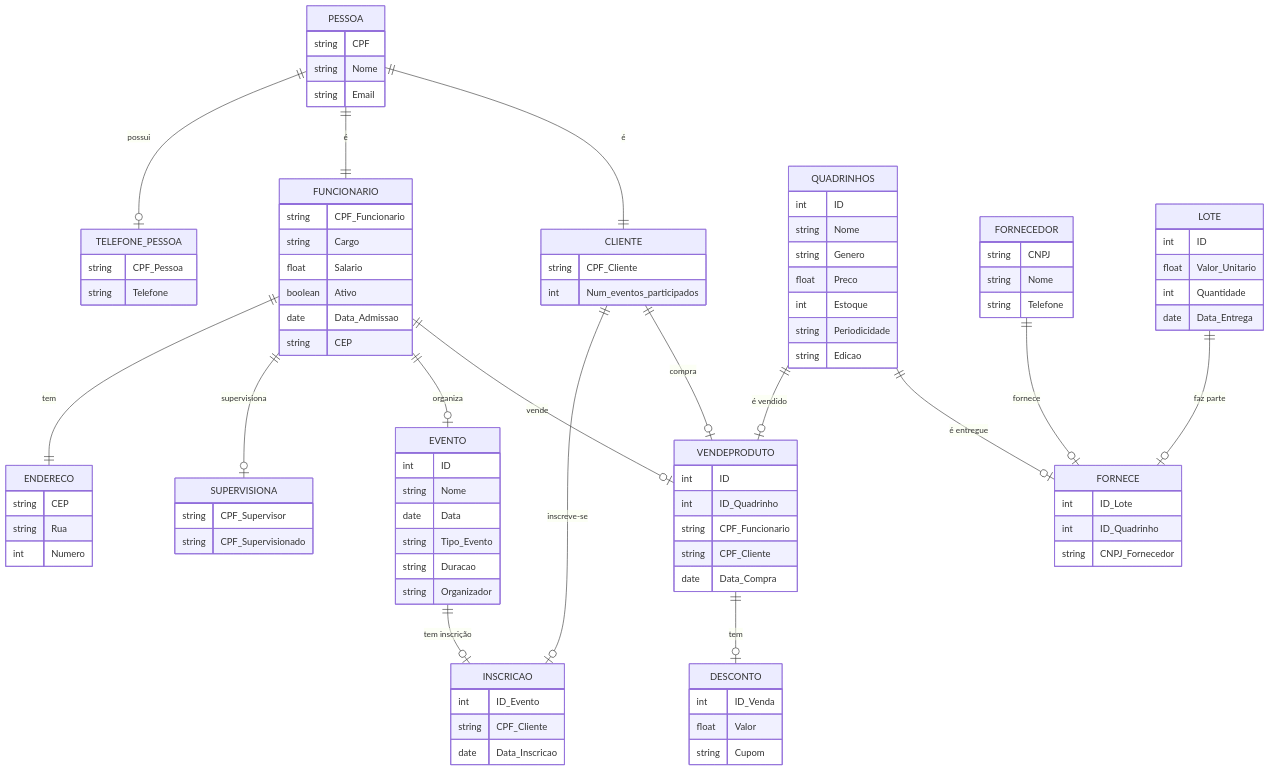
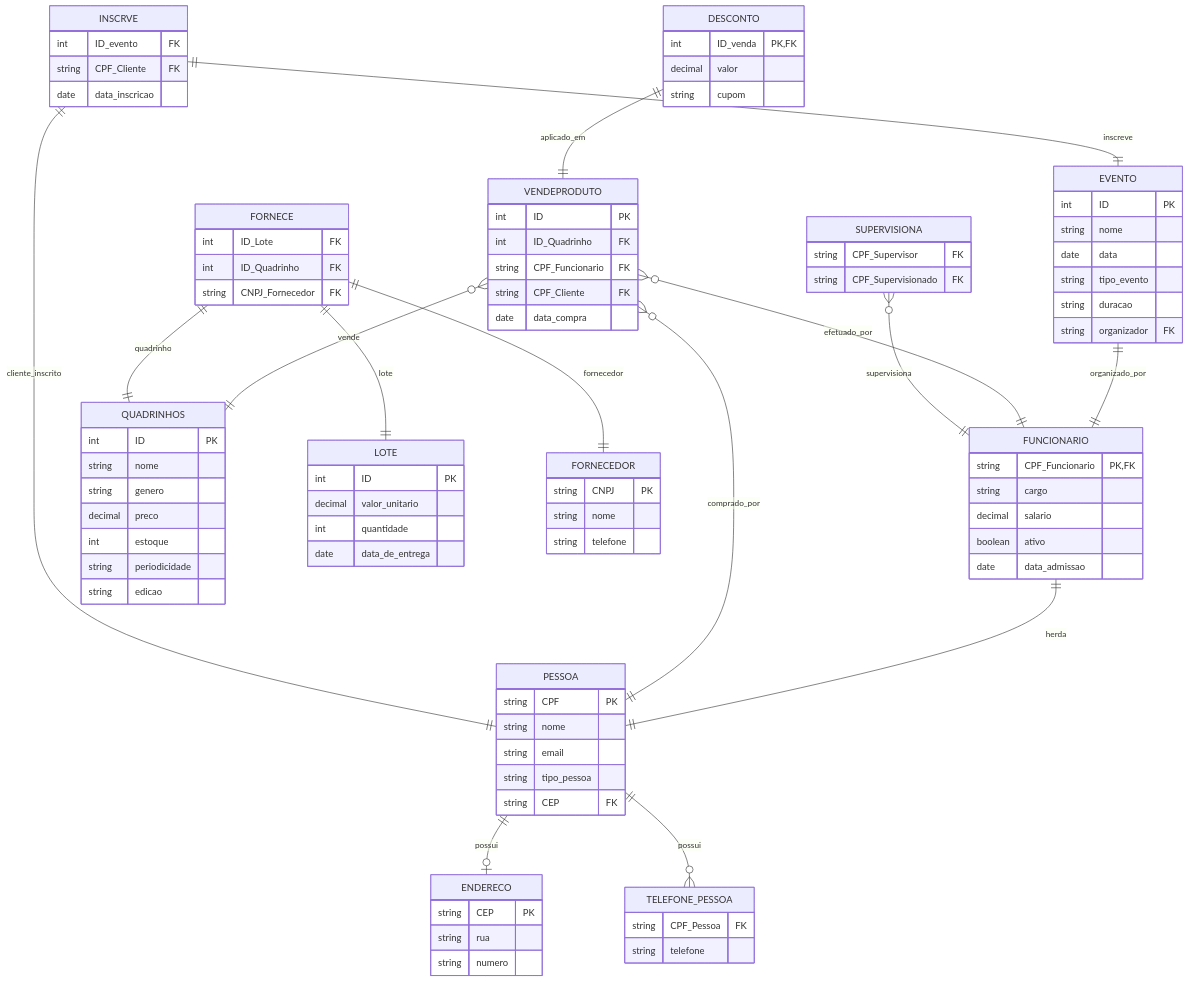
One commit to gabrielalimasotero/gdi-grupo07-2025.1 changed the diagram in sgbd/diagramas/README.md. Above: the diagram before and after it, drawn with Mermaid. The commit also changed other lines of this file, not shown here.

````diff
--- a/sgbd/diagramas/README.md
+++ b/sgbd/diagramas/README.md
@@ -34,104 +34,109 @@
 ```mermaid
 erDiagram
-    PESSOA {
-        string CPF
-        string Nome
-        string Email
-    }
-    TELEFONE_PESSOA {
-        string CPF_Pessoa
-        string Telefone
-    }
-    FUNCIONARIO {
-        string CPF_Funcionario
-        string Cargo
-        float Salario
-        boolean Ativo
-        date Data_Admissao
-        string CEP
-    }
-    ENDERECO {
-        string CEP
-        string Rua
-        int Numero
-    }
-    CLIENTE {
-        string CPF_Cliente
-        int Num_eventos_participados
-    }
-    QUADRINHOS {
-        int ID
-        string Nome
-        string Genero
-        float Preco
-        int Estoque
-        string Periodicidade
-        string Edicao
-    }
-    EVENTO {
-        int ID
-        string Nome
-        date Data
-        string Tipo_Evento
-        string Duracao
-        string Organizador
-    }
-    INSCRICAO {
-        int ID_Evento
-        string CPF_Cliente
-        date Data_Inscricao
-    }
-    VENDEPRODUTO {
-        int ID
-        int ID_Quadrinho
-        string CPF_Funcionario
-        string CPF_Cliente
-        date Data_Compra
-    }
-    DESCONTO {
-        int ID_Venda
-        float Valor
-        string Cupom
-    }
-    FORNECEDOR {
-        string CNPJ
-        string Nome
-        string Telefone
-    }
-    LOTE {
-        int ID
-        float Valor_Unitario
-        int Quantidade
-        date Data_Entrega
-    }
-    FORNECE {
-        int ID_Lote
-        int ID_Quadrinho
-        string CNPJ_Fornecedor
-    }
-    SUPERVISIONA {
-        string CPF_Supervisor
-        string CPF_Supervisionado
-    }
 
-    %% Relacionamentos
-    PESSOA ||--o| TELEFONE_PESSOA: "possui"
-    PESSOA ||--|| FUNCIONARIO: "é"
-    PESSOA ||--|| CLIENTE: "é"
-    FUNCIONARIO ||--|| ENDERECO: "tem"
-    FUNCIONARIO ||--o| SUPERVISIONA: "supervisiona"
-    FUNCIONARIO ||--o| EVENTO: "organiza"
-    FUNCIONARIO ||--o| VENDEPRODUTO: "vende"
-    CLIENTE ||--o| INSCRICAO: "inscreve-se"
-    CLIENTE ||--o| VENDEPRODUTO: "compra"
-    EVENTO ||--o| INSCRICAO: "tem inscrição"
-    QUADRINHOS ||--o| VENDEPRODUTO: "é vendido"
-    VENDEPRODUTO ||--o| DESCONTO: "tem"
-    FORNECEDOR ||--o| FORNECE: "fornece"
-    LOTE ||--o| FORNECE: "faz parte"
-    QUADRINHOS ||--o| FORNECE: "é entregue"
+  PESSOA {
+    string CPF PK
+    string nome
+    string email
+    string tipo_pessoa
+    string CEP FK
+  }
 
-%% Legenda para chaves (PK / FK):
-%% PK: CPF, ID, CNPJ, etc.
-%% FK: CEP, CPF_Pessoa, Organizador, ID_Quadrinho, CPF_Funcionario, CPF_Cliente, ID_Evento, ID_Venda, ID_Lote, CNPJ_Fornecedor
+  ENDERECO {
+    string CEP PK
+    string rua
+    string numero
+  }
+
+  TELEFONE_PESSOA {
+    string CPF_Pessoa FK
+    string telefone
+  }
+
+  FUNCIONARIO {
+    string CPF_Funcionario PK, FK
+    string cargo
+    decimal salario
+    boolean ativo
+    date data_admissao
+  }
+
+  QUADRINHOS {
+    int ID PK
+    string nome
+    string genero
+    decimal preco
+    int estoque
+    string periodicidade
+    string edicao
+  }
+
+  EVENTO {
+    int ID PK
+    string nome
+    date data
+    string tipo_evento
+    string duracao
+    string organizador FK
+  }
+
+  VENDEPRODUTO {
+    int ID PK
+    int ID_Quadrinho FK
+    string CPF_Funcionario FK
+    string CPF_Cliente FK
+    date data_compra
+  }
+
+  DESCONTO {
+    int ID_venda PK, FK
+    decimal valor
+    string cupom
+  }
+
+  LOTE {
+    int ID PK
+    decimal valor_unitario
+    int quantidade
+    date data_de_entrega
+  }
+
+  FORNECEDOR {
+    string CNPJ PK
+    string nome
+    string telefone
+  }
+
+  INSCRVE {
+    int ID_evento FK
+    string CPF_Cliente FK
+    date data_inscricao
+  }
+
+  FORNECE {
+    int ID_Lote FK
+    int ID_Quadrinho FK
+    string CNPJ_Fornecedor FK
+  }
+
+  SUPERVISIONA {
+    string CPF_Supervisor FK
+    string CPF_Supervisionado FK
+  }
+
+  %% RELACIONAMENTOS
+  PESSOA ||--o| ENDERECO : possui
+  PESSOA ||--o{ TELEFONE_PESSOA : possui
+  FUNCIONARIO ||--|| PESSOA : herda
+  EVENTO ||--|| FUNCIONARIO : "organizado_por"
+  VENDEPRODUTO }o--|| QUADRINHOS : "vende"
+  VENDEPRODUTO }o--|| FUNCIONARIO : "efetuado_por"
+  VENDEPRODUTO }o--|| PESSOA : "comprado_por"
+  DESCONTO ||--|| VENDEPRODUTO : "aplicado_em"
+  INSCRVE ||--|| EVENTO : "inscreve"
+  INSCRVE ||--|| PESSOA : "cliente_inscrito"
+  SUPERVISIONA }o--|| FUNCIONARIO : "supervisiona"
+  FORNECE ||--|| LOTE : "lote"
+  FORNECE ||--|| QUADRINHOS : "quadrinho"
+  FORNECE ||--|| FORNECEDOR : "fornecedor"
 ```
````
